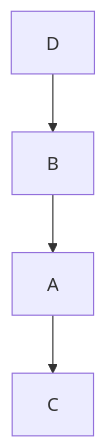
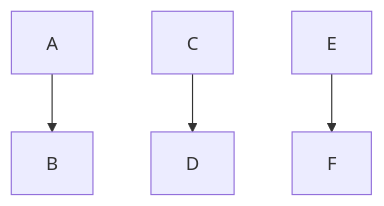
Before and after one commit to facumruiz/Plantilla_DigitalesPIC18: the diagram in README.md, drawn with Mermaid.

````diff
--- a/README.md
+++ b/README.md
@@ -57,7 +57,7 @@
 ```mermaid
 graph TD;
-    A-->C;
-    D-->B;
-    B-->A;
+    A-->B;
+    C-->D;
+    E-->F;
     
 ```
````
